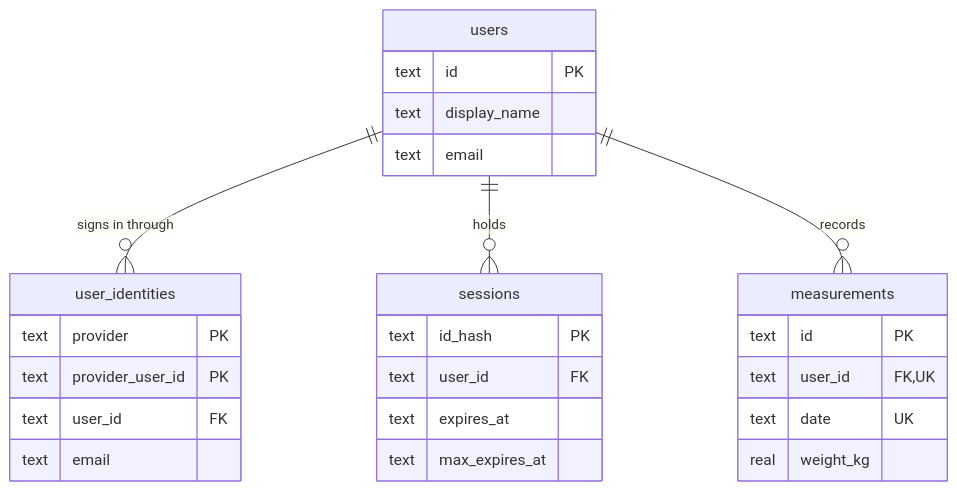
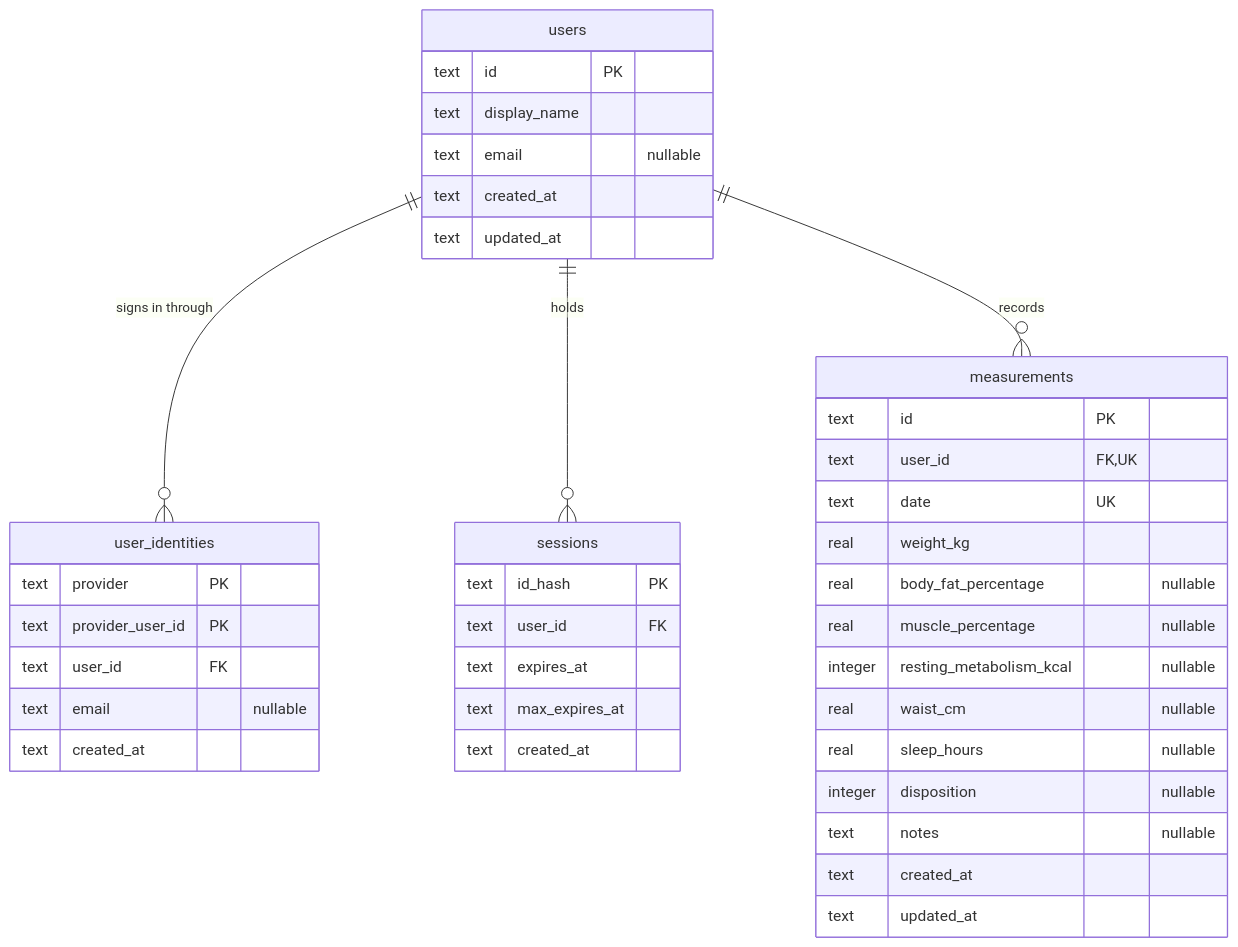
Before and after one commit to antonbsa/bodylog: the diagram in docs/reference/database.md, drawn with Mermaid. The commit also changed other lines of this file and 2 other files, not shown here.

Commit message:
docs: list every column in the schema diagram and test it against the migrations
- Reconstructing current columns from the migrations is slow (0003 drops and recreates measurements), so the page caches them
- A test compares the diagram with the migrated schema, so column drift fails CI instead of going unnoticed

````diff
--- a/docs/reference/database.md
+++ b/docs/reference/database.md
@@ -17,30 +17,43 @@
 ```mermaid
 erDiagram
     users ||--o{ user_identities : "signs in through"
     users ||--o{ sessions : "holds"
     users ||--o{ measurements : "records"
 
     users {
         text id PK
         text display_name
-        text email
+        text email "nullable"
+        text created_at
+        text updated_at
     }
     user_identities {
         text provider PK
         text provider_user_id PK
         text user_id FK
-        text email
+        text email "nullable"
+        text created_at
     }
     sessions {
         text id_hash PK
         text user_id FK
         text expires_at
         text max_expires_at
+        text created_at
     }
     measurements {
         text id PK
         text user_id FK, UK
         text date UK
         real weight_kg
+        real body_fat_percentage "nullable"
+        real muscle_percentage "nullable"
+        integer resting_metabolism_kcal "nullable"
+        real waist_cm "nullable"
+        real sleep_hours "nullable"
+        integer disposition "nullable"
+        text notes "nullable"
+        text created_at
+        text updated_at
     }
 ```
````
